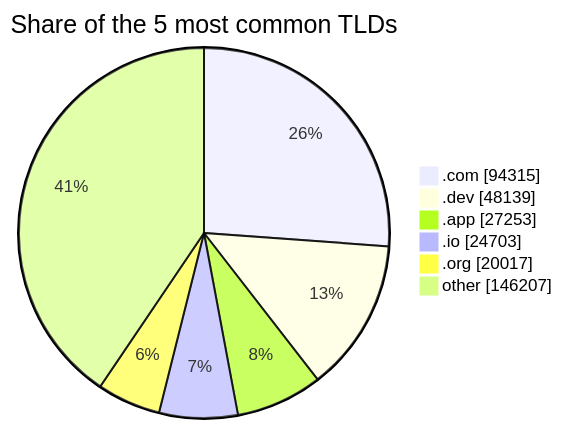
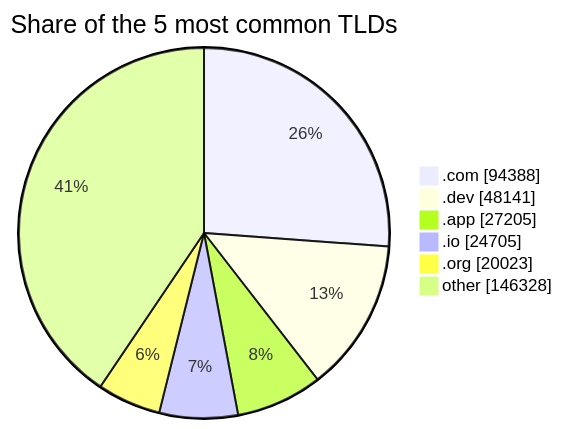
One commit to DNSBunker/CTI changed the third of 3 diagrams in README.md. Above: the diagram before and after it, drawn with Mermaid. The commit also changed other lines of this file and 3 other files, not shown here.

````diff
--- a/README.md
+++ b/README.md
@@ -81,9 +81,9 @@
 ```mermaid
 pie showData title Share of the 5 most common TLDs
-    ".com" : 94315
-    ".dev" : 48139
-    ".app" : 27253
-    ".io" : 24703
-    ".org" : 20017
-    "other" : 146207
+    ".com" : 94388
+    ".dev" : 48141
+    ".app" : 27205
+    ".io" : 24705
+    ".org" : 20023
+    "other" : 146328
 ```
````
